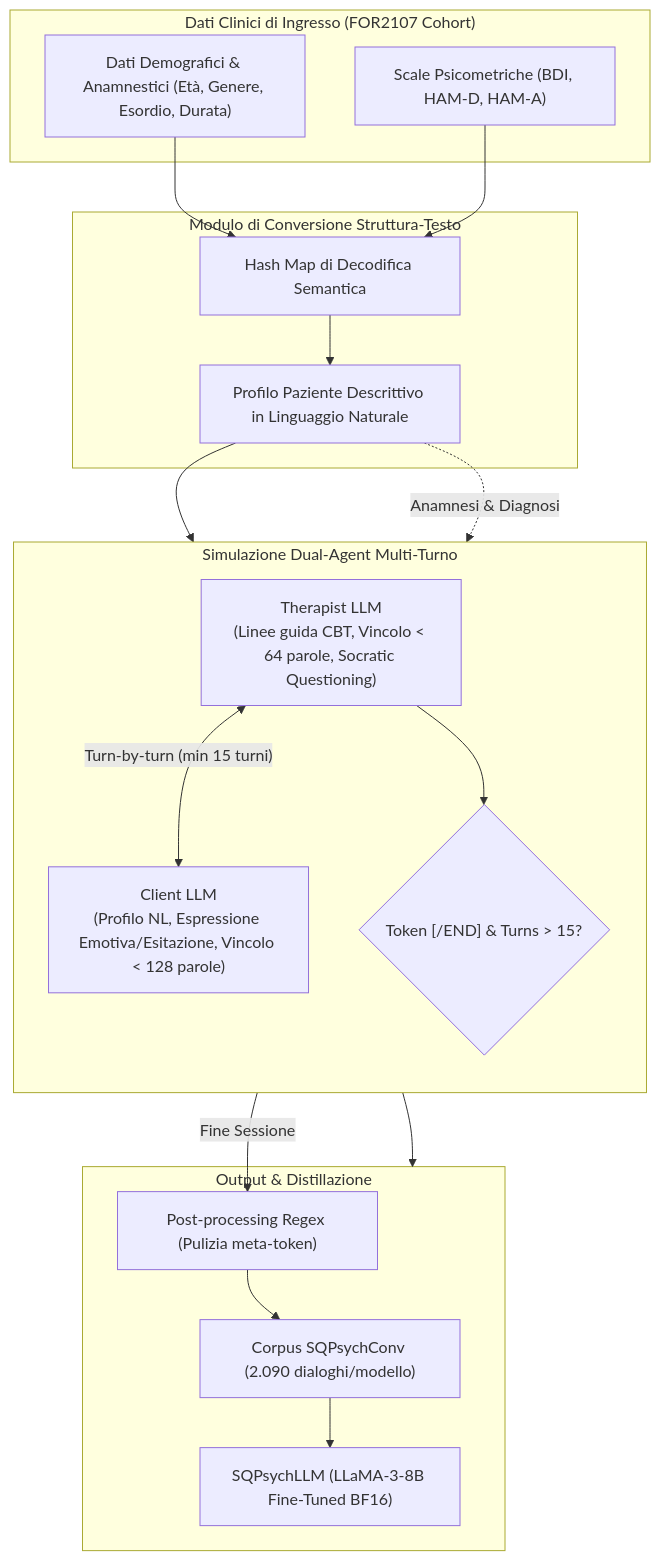
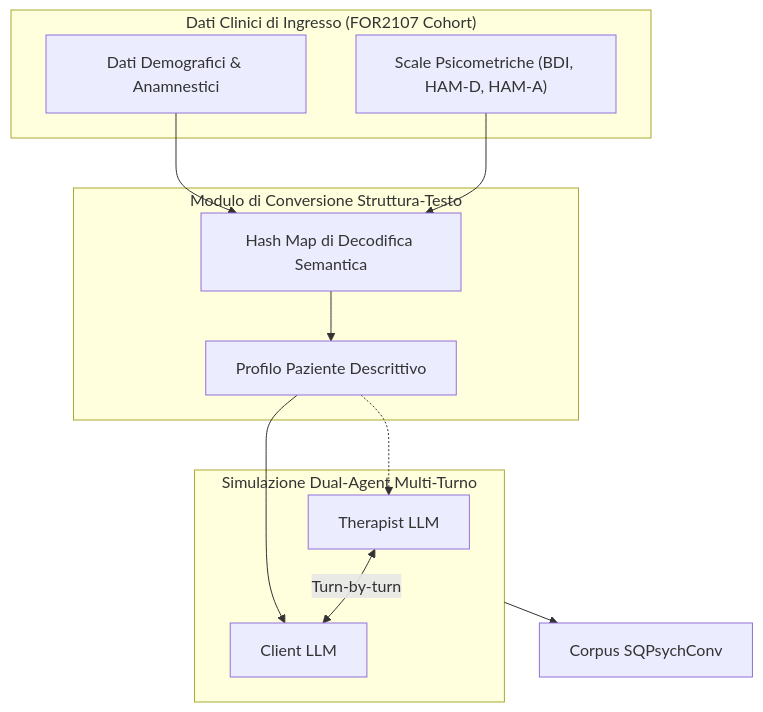
One commit to andreaferrari7-star/andreaferrari.github.io changed the diagram in content/concetti/sqpsych-framework.md. Above: the diagram before and after it, drawn with Mermaid. The commit also changed other lines of this file and 340 other files, not shown here.

````diff
--- a/content/concetti/sqpsych-framework.md
+++ b/content/concetti/sqpsych-framework.md
@@ -14,36 +21,25 @@
 ```mermaid
-flowchart TD
+graph TD
     subgraph Input_Data ["Dati Clinici di Ingresso (FOR2107 Cohort)"]
-        D1["Dati Demografici & Anamnestici (Età, Genere, Esordio, Durata)"]
+        D1["Dati Demografici & Anamnestici"]
         D2["Scale Psicometriche (BDI, HAM-D, HAM-A)"]
     end
 
     subgraph Conditioning ["Modulo di Conversione Struttura-Testo"]
         H["Hash Map di Decodifica Semantica"]
-        D1 --> H
-        D2 --> H
-        NL["Profilo Paziente Descrittivo in Linguaggio Naturale"]
-        H --> NL
+        NL["Profilo Paziente Descrittivo"]
     end
 
     subgraph MultiAgent_Simulation ["Simulazione Dual-Agent Multi-Turno"]
-        direction TB
-        TL["Therapist LLM<br>(Linee guida CBT, Vincolo < 64 parole, Socratic Questioning)"]
-        CL["Client LLM<br>(Profilo NL, Espressione Emotiva/Esitazione, Vincolo < 128 parole)"]
-        TL <-->|"Turn-by-turn (min 15 turni)"| CL
-        Token{"Token [/END] & Turns > 15?"}
-        TL --> Token
+        TL["Therapist LLM"]
+        CL["Client LLM"]
+        TL <-->|"Turn-by-turn"| CL
     end
 
-    subgraph Corpus_And_Distillation ["Output & Distillazione"]
-        SQC["Corpus SQPsychConv (2.090 dialoghi/modello)"]
-        Regex["Post-processing Regex (Pulizia meta-token)"]
-        Token -->|Fine Sessione| Regex
-        Regex --> SQC
-        SQC --> SLLM["SQPsychLLM (LLaMA-3-8B Fine-Tuned BF16)"]
-    end
-
+    D1 --> H
+    D2 --> H
+    H --> NL
     NL --> CL
-    NL -. Anamnesi & Diagnosi .-> TL
-    MultiAgent_Simulation --> Corpus_And_Distillation
+    NL -.-> TL
+    MultiAgent_Simulation --> Corpus["Corpus SQPsychConv"]
 ```
````
